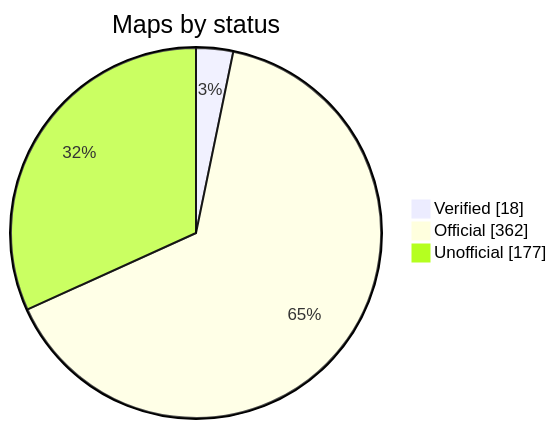
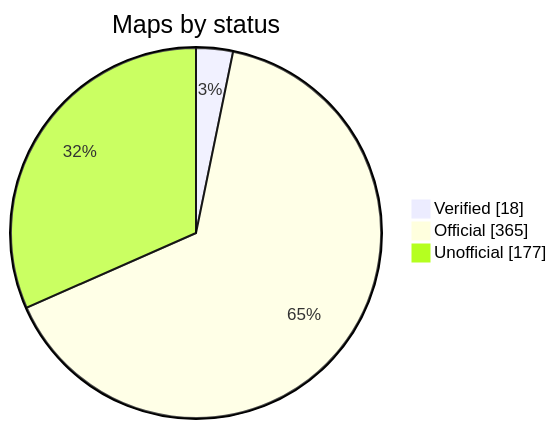
Before and after one commit to nobrega8/mbmap-library: the diagram in README.md, drawn with Mermaid. The commit also changed 8 other files, not shown here.

````diff
--- a/README.md
+++ b/README.md
@@ -52,7 +52,7 @@
 ```mermaid
 pie showData
     title Maps by status
     "Verified" : 18
-    "Official" : 362
+    "Official" : 365
     "Unofficial" : 177
 ```
````
